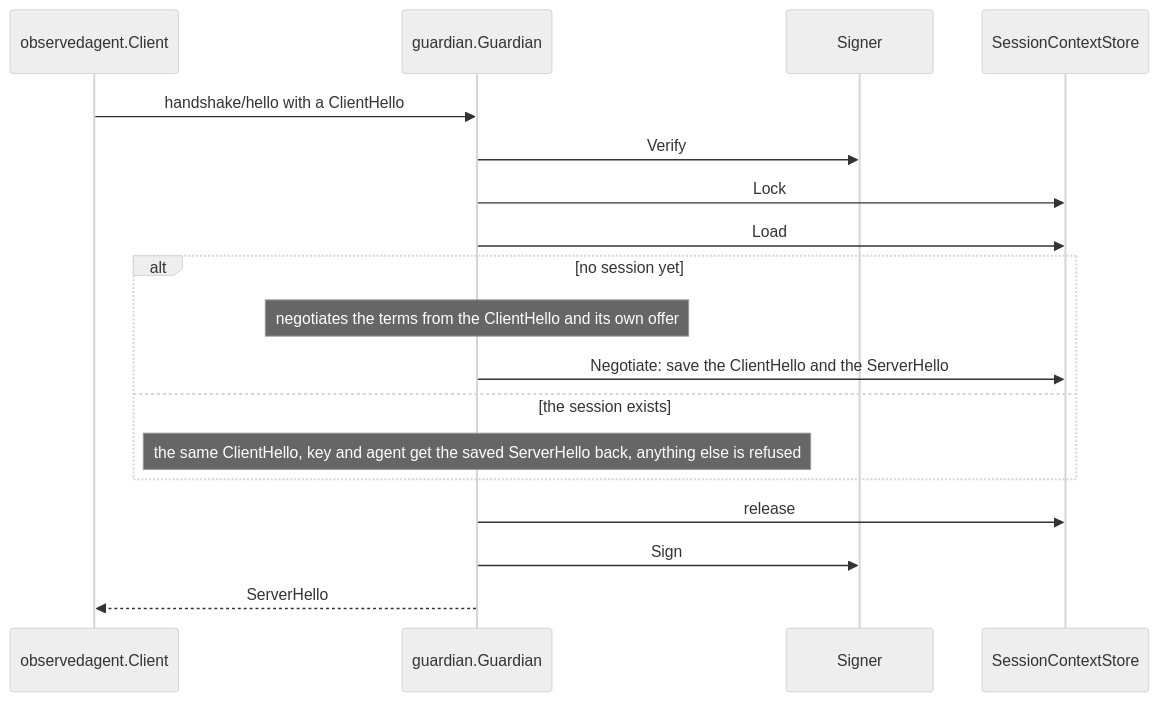
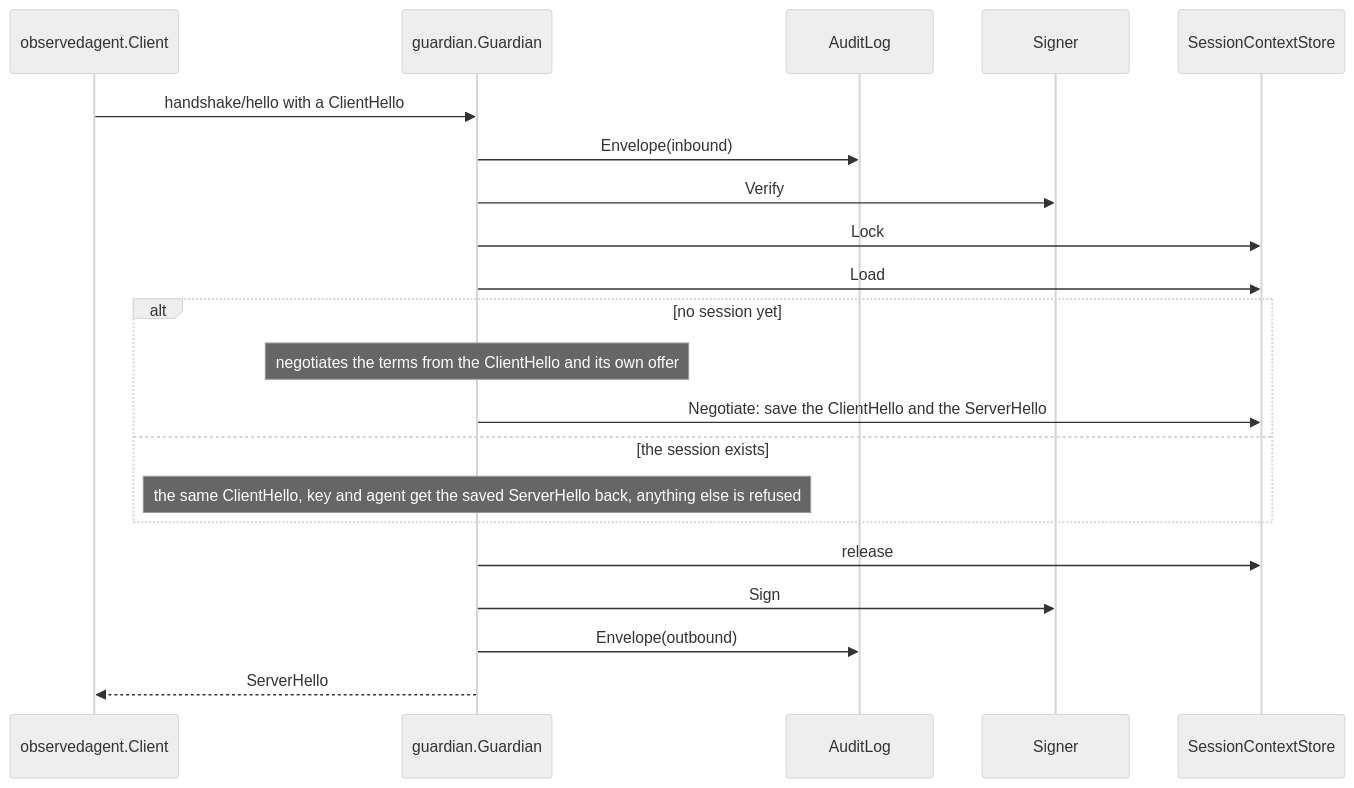
The second of 7 diagrams in reference-implementations/agt-go/docs/architecture.md (GenAI-Security-Project/agent-control-standard), drawn with Mermaid (neutral theme) before and after one commit. The commit also changed 4 other files, not shown here.

````diff
--- a/reference-implementations/agt-go/docs/architecture.md
+++ b/reference-implementations/agt-go/docs/architecture.md
@@ -73,20 +73,23 @@
 ```mermaid
 sequenceDiagram
     participant OA as observedagent.Client
     participant G as guardian.Guardian
+    participant AL as AuditLog
     participant S as Signer
     participant SC as SessionContextStore
     OA->>G: handshake/hello with a ClientHello
+    G->>AL: Envelope(inbound)
     G->>S: Verify
     G->>SC: Lock
     G->>SC: Load
     alt no session yet
         Note over G: negotiates the terms from the ClientHello and its own offer
         G->>SC: Negotiate: save the ClientHello and the ServerHello
     else the session exists
         Note over G: the same ClientHello, key and agent get the saved ServerHello back, anything else is refused
     end
     G->>SC: release
     G->>S: Sign
+    G->>AL: Envelope(outbound)
     G-->>OA: ServerHello
 ```
````
